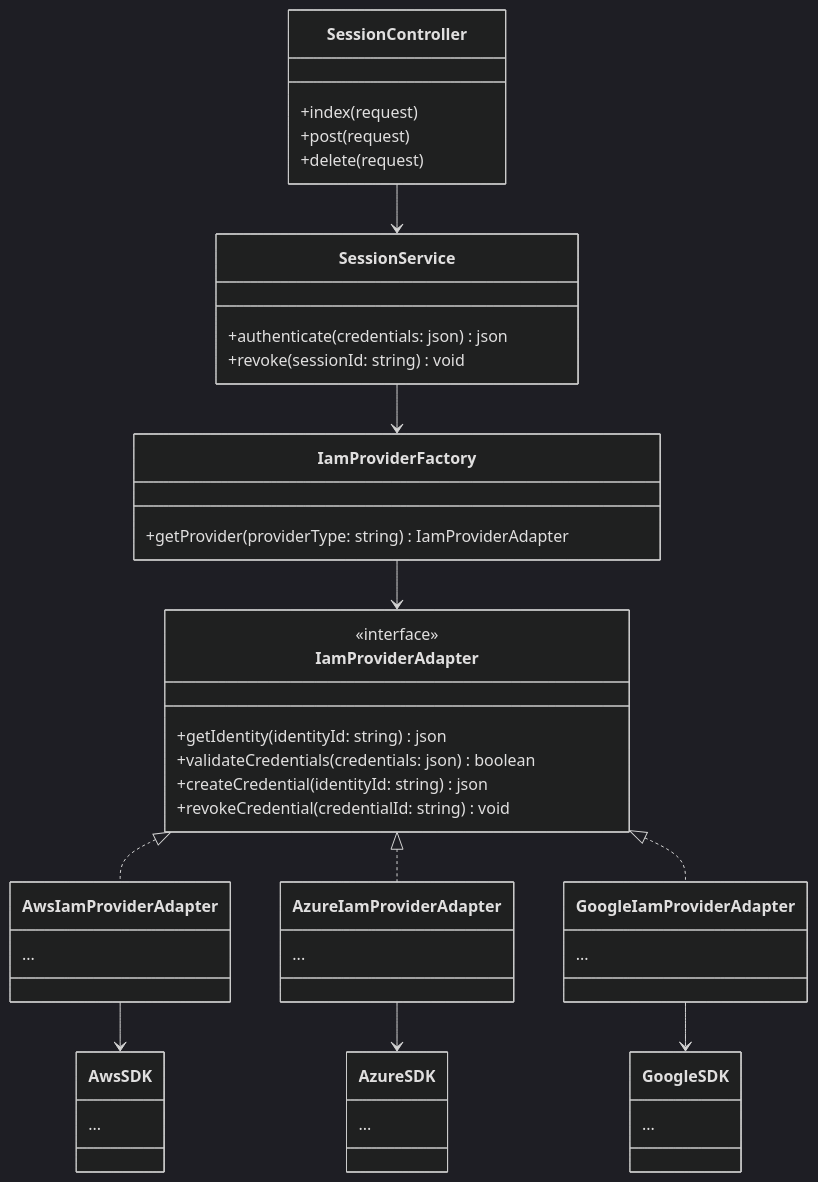
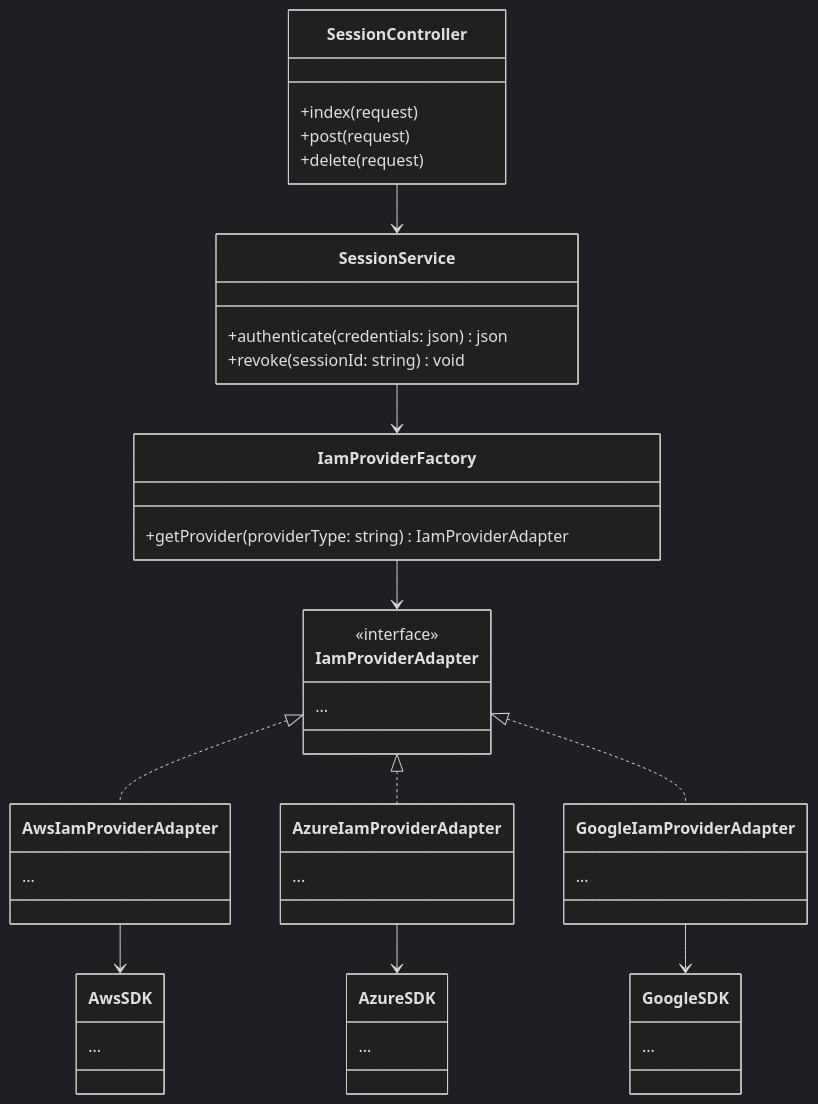
The diagram in docs/class_diagram.md (CPNV-ES-BI-RIA-PROJECT/Authentification), drawn with Mermaid (dark theme) before and after one commit. The commit also changed 10 other files, not shown here.

````diff
--- a/docs/class_diagram.md
+++ b/docs/class_diagram.md
@@ -1,59 +1,56 @@
 ```mermaid
 classDiagram
   class IamProviderAdapter {
     <<interface>>
-    +getIdentity(identityId: string) json
-    +validateCredentials(credentials: json) boolean
-    +createCredential(identityId: string) json
-    +revokeCredential(credentialId: string) void
+    ...
   }
 
   class AwsIamProviderAdapter {
     ...
   }
 
   class AzureIamProviderAdapter {
     ...
   }
 
   class GoogleIamProviderAdapter {
     ...
   }
 
   class AwsSDK {
     ...
   }
 
   class AzureSDK {
     ...
   }
 
   class GoogleSDK {
     ...
   }
 
   class IamProviderFactory {
     +getProvider(providerType: string) IamProviderAdapter
   }
 
   class SessionService {
     +authenticate(credentials: json) json
     +revoke(sessionId: string) void
   }
 
   class SessionController {
     +index(request)
     +post(request)
     +delete(request)
   }
 
   SessionController --> SessionService
   SessionService --> IamProviderFactory
   IamProviderFactory --> IamProviderAdapter
   IamProviderAdapter <|.. AwsIamProviderAdapter
   IamProviderAdapter <|.. AzureIamProviderAdapter
   IamProviderAdapter <|.. GoogleIamProviderAdapter
   AwsIamProviderAdapter --> AwsSDK
   AzureIamProviderAdapter --> AzureSDK
   GoogleIamProviderAdapter --> GoogleSDK
 ```
````
